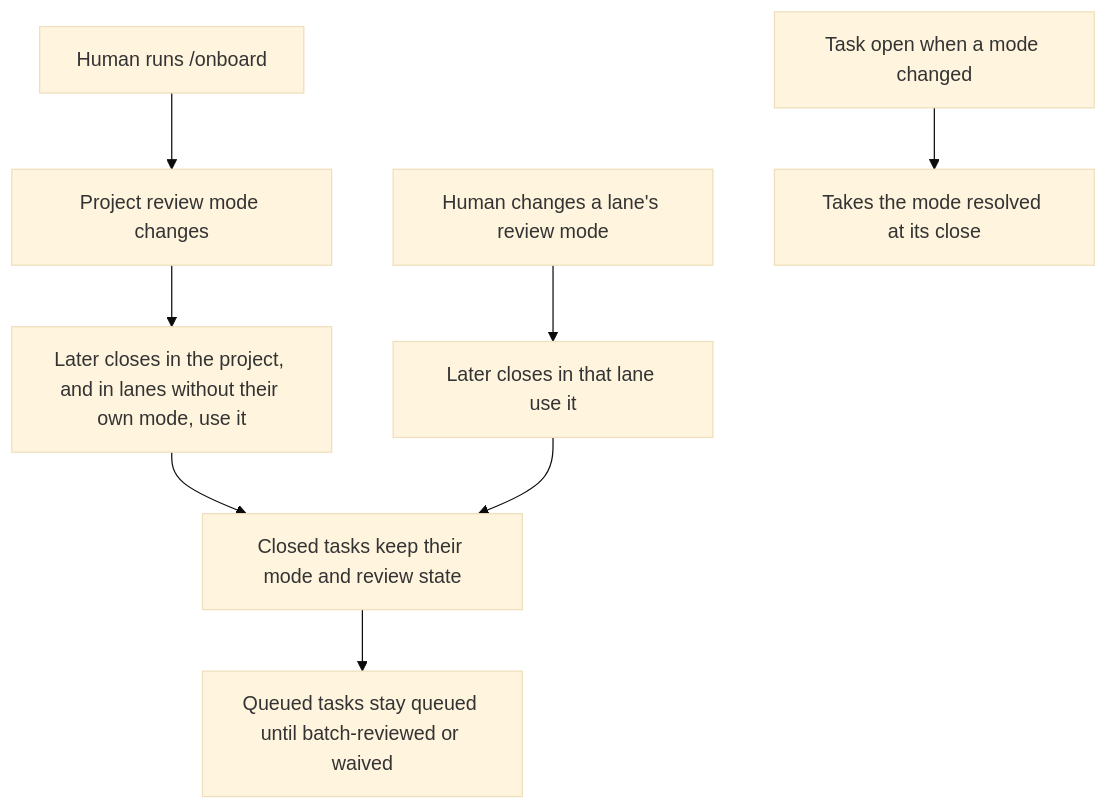
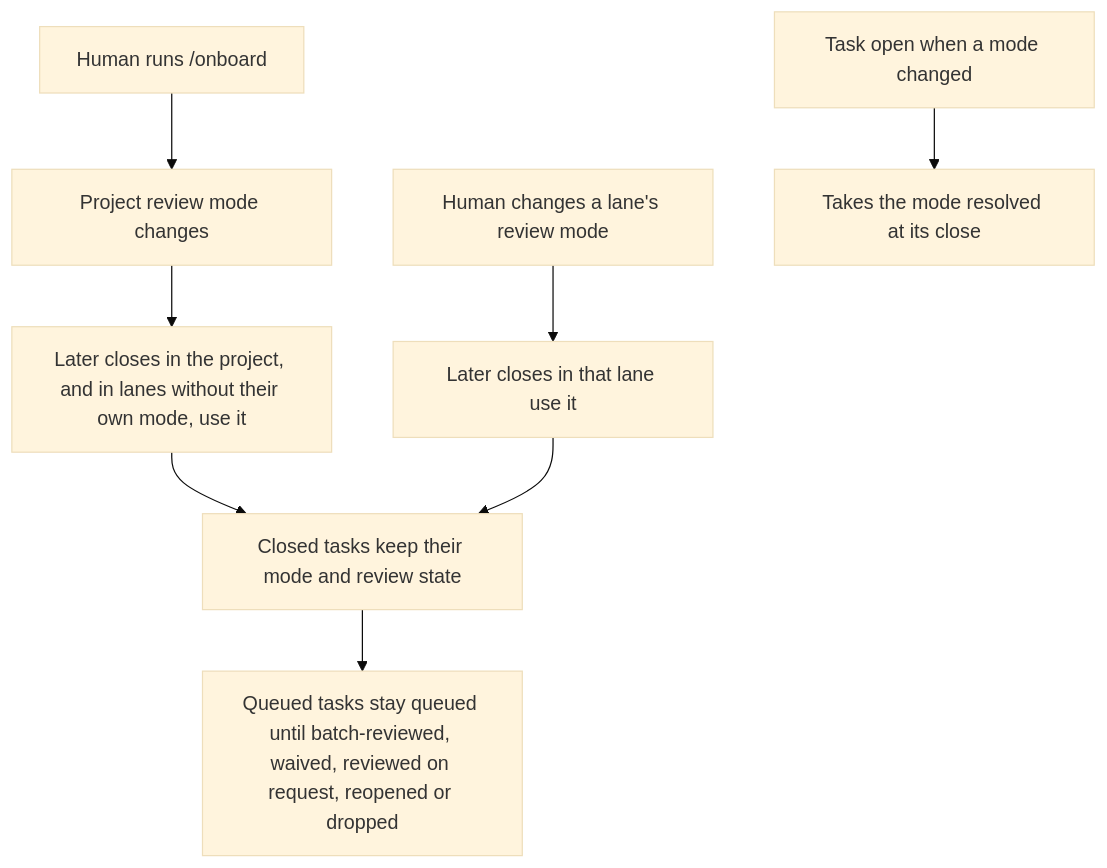
Before and after one commit to trustmybot/plugin: the eighth of 8 diagrams in docs/architecture/AGILE.md, drawn with Mermaid (base theme). The commit also changed other lines of this file and 4 other files, not shown here.

First line of the commit message:
📝 docs(tasks): fill lifecycle gaps in TASKS, FLOWS and AGILE (GH 3251)

````diff
--- a/docs/architecture/AGILE.md
+++ b/docs/architecture/AGILE.md
@@ -179,10 +191,10 @@
 ```mermaid
 flowchart TD
     A[Human runs /onboard] --> B[Project review mode changes]
     B --> B1[Later closes in the project, and in lanes without their own mode, use it]
     C[Human changes a lane's review mode] --> C1[Later closes in that lane use it]
     B1 --> K[Closed tasks keep their mode and review state]
     C1 --> K
-    K --> Q[Queued tasks stay queued until batch-reviewed or waived]
+    K --> Q[Queued tasks stay queued until batch-reviewed, waived, reviewed on request, reopened or dropped]
     E[Task open when a mode changed] --> F[Takes the mode resolved at its close]
 ```
````
